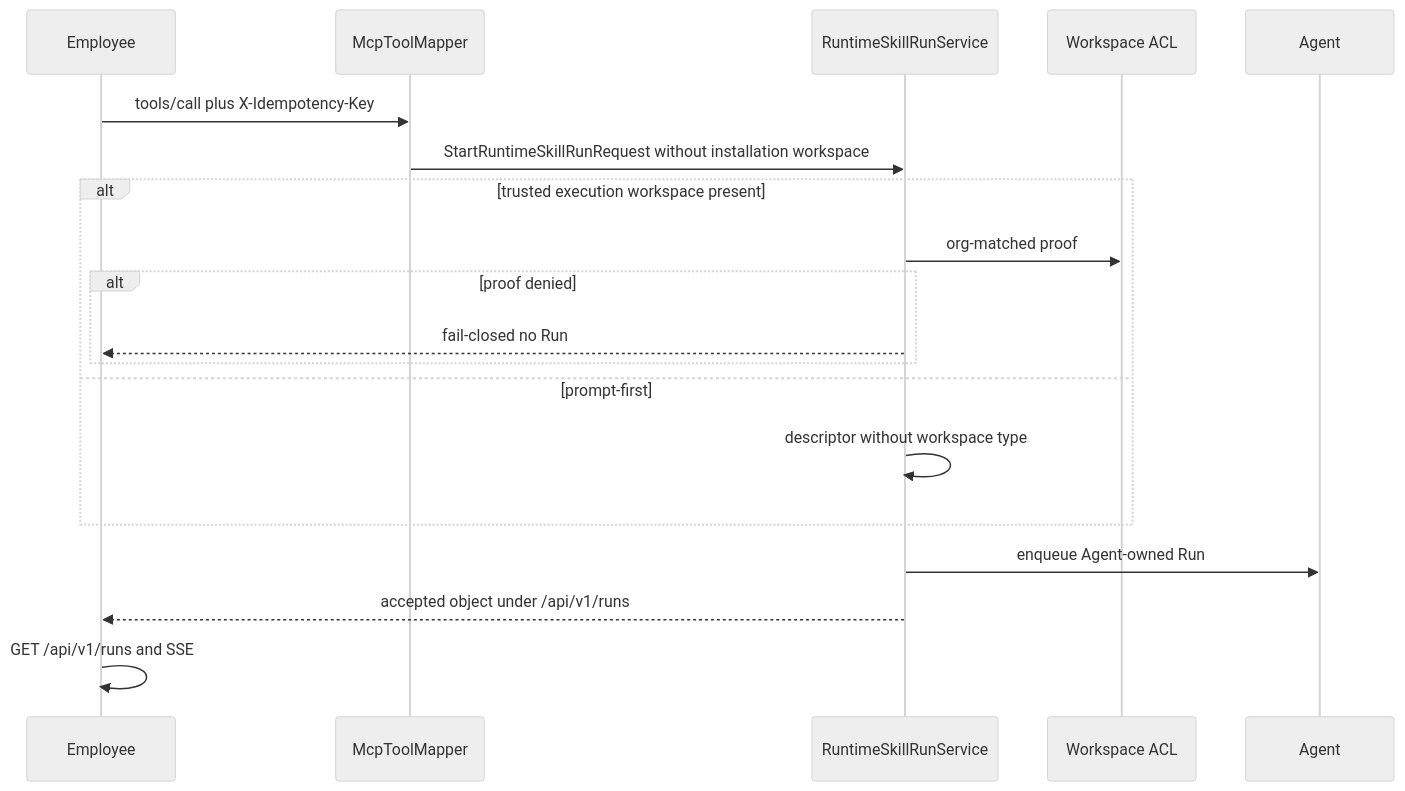
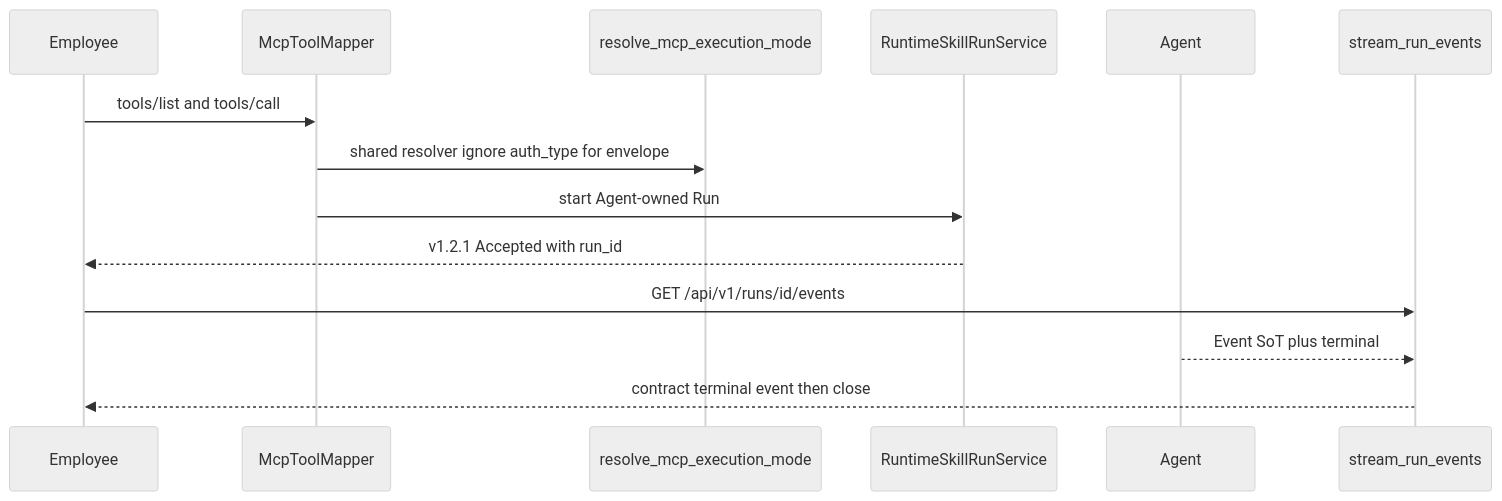
The diagram in .cursor/plans/rm-12_v121_public_conformance.plan.md (loudon84/nodeskclaw), drawn with Mermaid (neutral theme) before and after one commit. The commit also changed other lines of this file and 12 other files, not shown here.

````diff
--- a/.cursor/plans/rm-12_v121_public_conformance.plan.md
+++ b/.cursor/plans/rm-12_v121_public_conformance.plan.md
@@ -58,21 +53,16 @@
 ```mermaid
 sequenceDiagram
   participant Employee
   participant Gateway as McpToolMapper
+  participant Mode as resolve_mcp_execution_mode
   participant RunSvc as RuntimeSkillRunService
-  participant ACL as Workspace ACL
   participant Agent
-  Employee->>Gateway: tools/call plus X-Idempotency-Key
-  Gateway->>RunSvc: StartRuntimeSkillRunRequest without installation workspace
-  alt trusted execution workspace present
-    RunSvc->>ACL: org-matched proof
-    alt proof denied
-      RunSvc-->>Employee: fail-closed no Run
-    end
-  else prompt-first
-    RunSvc->>RunSvc: descriptor without workspace type
-  end
-  RunSvc->>Agent: enqueue Agent-owned Run
-  RunSvc-->>Employee: accepted object under /api/v1/runs
-  Employee->>Employee: GET /api/v1/runs and SSE
+  participant SSE as stream_run_events
+  Employee->>Gateway: tools/list and tools/call
+  Gateway->>Mode: shared resolver ignore auth_type for envelope
+  Gateway->>RunSvc: start Agent-owned Run
+  RunSvc-->>Employee: v1.2.1 Accepted with run_id
+  Employee->>SSE: GET /api/v1/runs/id/events
+  Agent-->>SSE: Event SoT plus terminal
+  SSE-->>Employee: contract terminal event then close
 ```
````
